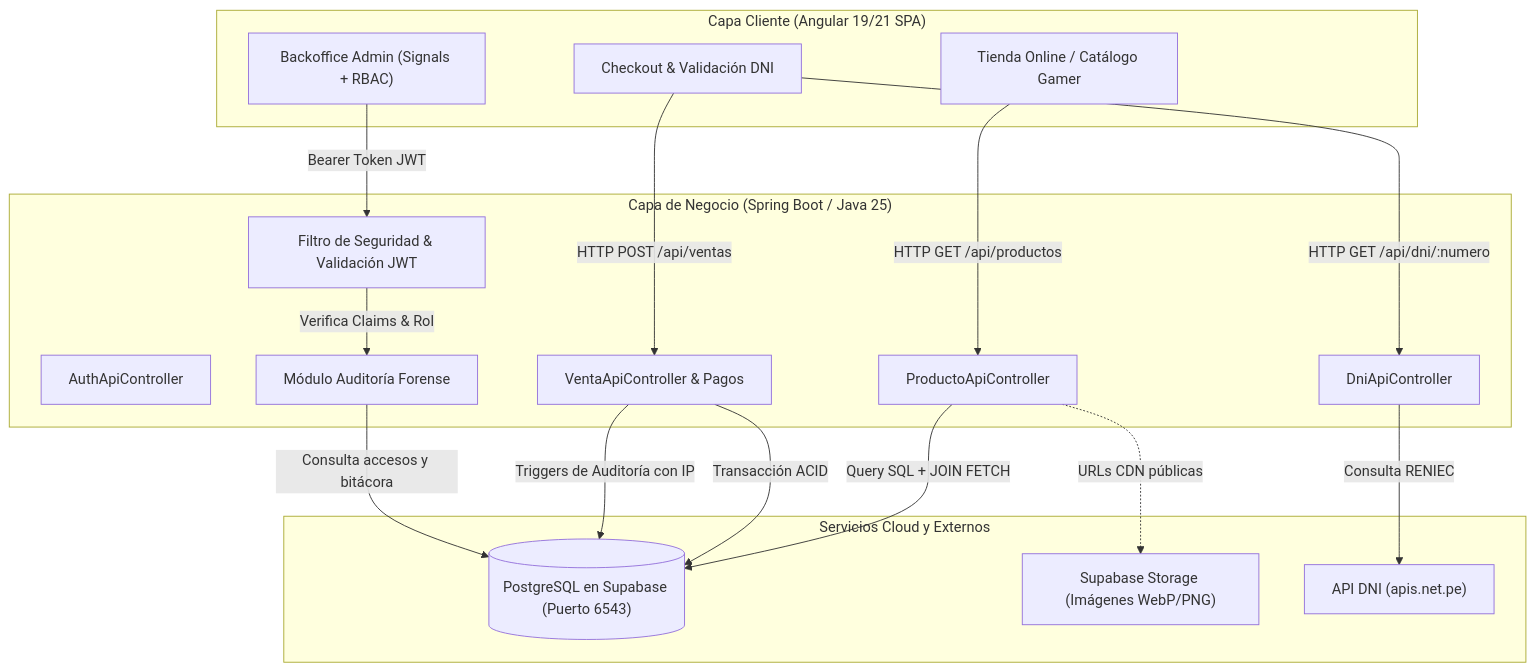
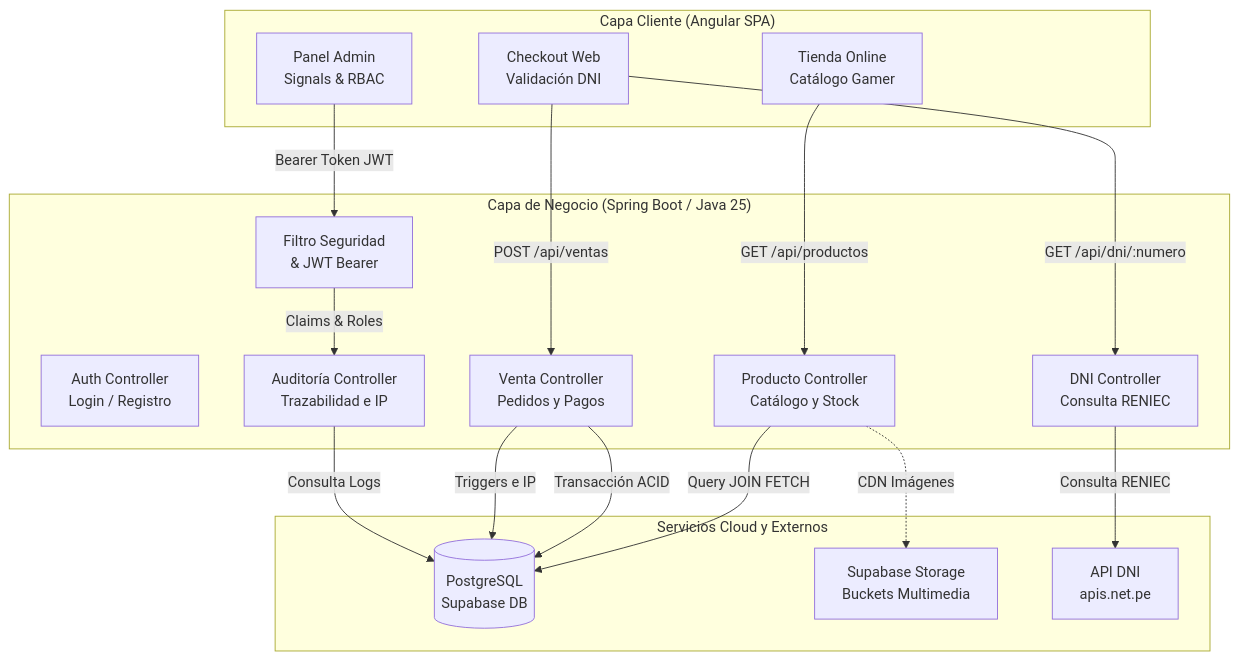
One commit to MrCarlos17A/TechZone changed the first of 3 diagrams in README.md. Above: the diagram before and after it, drawn with Mermaid. The commit also changed other lines of this file, not shown here.

Commit message:
style(docs): optimizar saltos de linea y dimensiones en nodos mermaid

````diff
--- a/README.md
+++ b/README.md
@@ -58,38 +58,38 @@
 ```mermaid
 flowchart TD
-    subgraph FRONTEND["Capa Cliente (Angular 19/21 SPA)"]
-        UI_STORE["Tienda Online / Catálogo Gamer"]
-        UI_CHECKOUT["Checkout & Validación DNI"]
-        UI_ADMIN["Backoffice Admin (Signals + RBAC)"]
+    subgraph FRONTEND["Capa Cliente (Angular SPA)"]
+        UI_STORE["Tienda Online<br/>Catálogo Gamer"]
+        UI_CHECKOUT["Checkout Web<br/>Validación DNI"]
+        UI_ADMIN["Panel Admin<br/>Signals & RBAC"]
     end
 
     subgraph BACKEND["Capa de Negocio (Spring Boot / Java 25)"]
-        GW["Filtro de Seguridad & Validación JWT"]
-        C_AUTH["AuthApiController"]
-        C_DNI["DniApiController"]
-        C_PROD["ProductoApiController"]
-        C_VENTA["VentaApiController & Pagos"]
-        C_AUDIT["Módulo Auditoría Forense"]
+        GW["Filtro Seguridad<br/>& JWT Bearer"]
+        C_AUTH["Auth Controller<br/>Login / Registro"]
+        C_DNI["DNI Controller<br/>Consulta RENIEC"]
+        C_PROD["Producto Controller<br/>Catálogo y Stock"]
+        C_VENTA["Venta Controller<br/>Pedidos y Pagos"]
+        C_AUDIT["Auditoría Controller<br/>Trazabilidad e IP"]
     end
 
     subgraph CLOUD["Servicios Cloud y Externos"]
-        SUPA_DB[("PostgreSQL en Supabase (Puerto 6543)")]
-        SUPA_STORAGE["Supabase Storage (Imágenes WebP/PNG)"]
-        RENIEC["API DNI (apis.net.pe)"]
+        SUPA_DB[("PostgreSQL<br/>Supabase DB")]
+        SUPA_STORAGE["Supabase Storage<br/>Buckets Multimedia"]
+        RENIEC["API DNI<br/>apis.net.pe"]
     end
 
-    UI_STORE -->|HTTP GET /api/productos| C_PROD
-    C_PROD -->|Query SQL + JOIN FETCH| SUPA_DB
-    C_PROD -.->|URLs CDN públicas| SUPA_STORAGE
+    UI_STORE -->|GET /api/productos| C_PROD
+    C_PROD -->|Query JOIN FETCH| SUPA_DB
+    C_PROD -.->|CDN Imágenes| SUPA_STORAGE
 
-    UI_CHECKOUT -->|HTTP GET /api/dni/:numero| C_DNI
+    UI_CHECKOUT -->|GET /api/dni/:numero| C_DNI
     C_DNI -->|Consulta RENIEC| RENIEC
 
-    UI_CHECKOUT -->|HTTP POST /api/ventas| C_VENTA
+    UI_CHECKOUT -->|POST /api/ventas| C_VENTA
     C_VENTA -->|Transacción ACID| SUPA_DB
-    C_VENTA -->|Triggers de Auditoría con IP| SUPA_DB
+    C_VENTA -->|Triggers e IP| SUPA_DB
 
     UI_ADMIN -->|Bearer Token JWT| GW
-    GW -->|Verifica Claims & Rol| C_AUDIT
-    C_AUDIT -->|Consulta accesos y bitácora| SUPA_DB
+    GW -->|Claims & Roles| C_AUDIT
+    C_AUDIT -->|Consulta Logs| SUPA_DB
 ```
````
